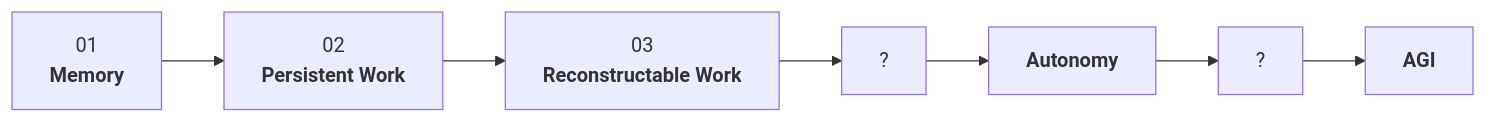
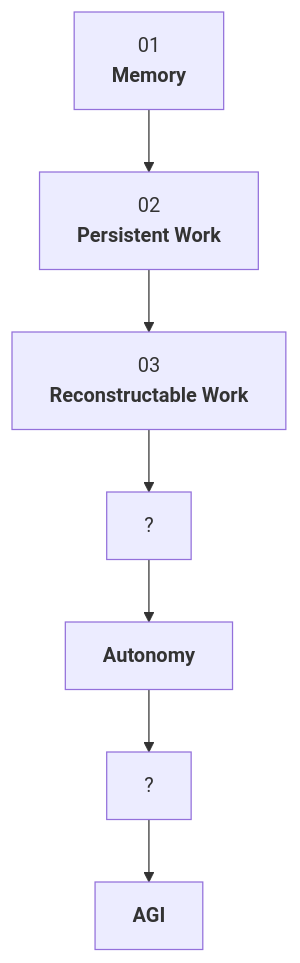
Before and after one commit to denis-hignyak/simprice: the diagram in README.md, drawn with Mermaid.

````diff
--- a/README.md
+++ b/README.md
@@ -17,12 +17,12 @@
 ```mermaid
-flowchart LR
+flowchart TD
     M["01<br/><b>Memory</b>"]
     W["02<br/><b>Persistent Work</b>"]
     R["03<br/><b>Reconstructable Work</b>"]
     X1["?"]
     A["<b>Autonomy</b>"]
     X2["?"]
     G["<b>AGI</b>"]
 
     M --> W --> R --> X1 --> A --> X2 --> G
 ```
````
